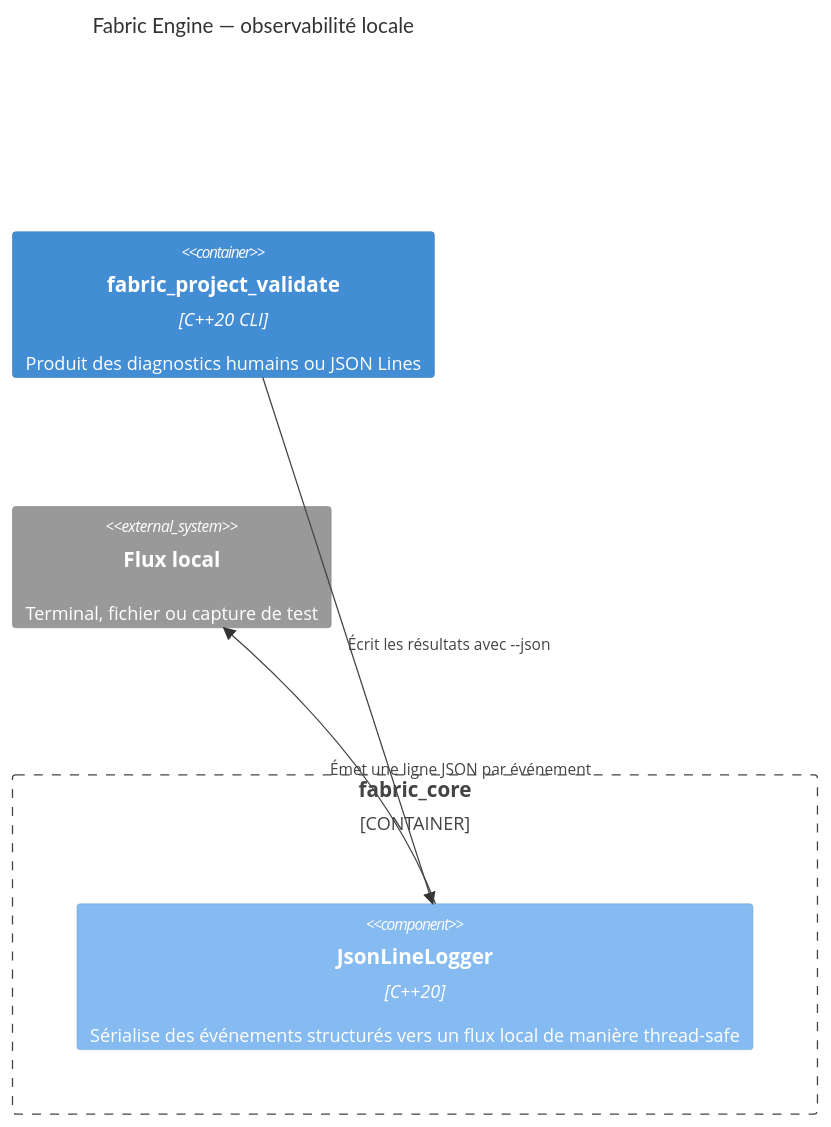
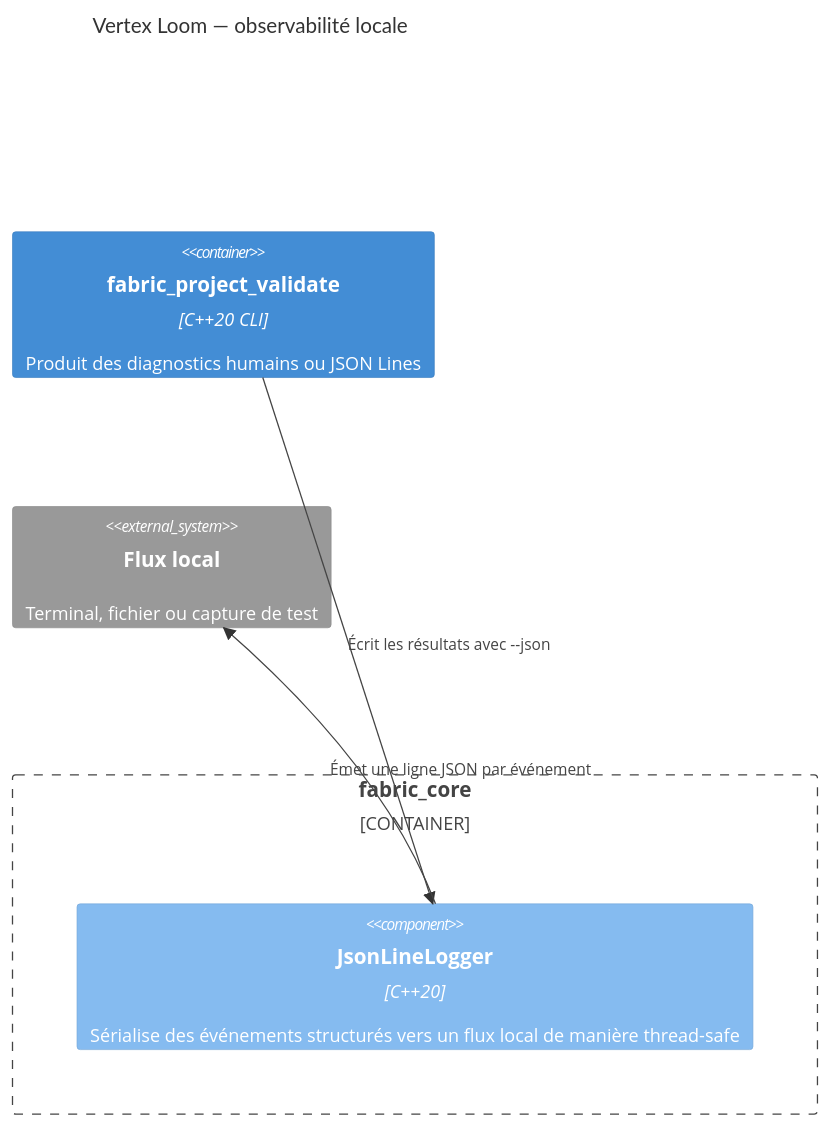
The diagram in docs/architecture/components/core-observability.md (tristan-monticelli/vertex-loom), drawn with Mermaid before and after one commit. The commit also changed 10 other files, not shown here.

Commit message:
docs(brand): publish as Vertex Loom

````diff
--- a/docs/architecture/components/core-observability.md
+++ b/docs/architecture/components/core-observability.md
@@ -3,11 +3,11 @@
 ```mermaid
 C4Component
-    title Fabric Engine — observabilité locale
+    title Vertex Loom — observabilité locale
     Container_Boundary(core, "fabric_core") {
         Component(logger, "JsonLineLogger", "C++20", "Sérialise des événements structurés vers un flux local de manière thread-safe")
     }
     Container(cli, "fabric_project_validate", "C++20 CLI", "Produit des diagnostics humains ou JSON Lines")
     System_Ext(local_stream, "Flux local", "Terminal, fichier ou capture de test")
     Rel(cli, logger, "Écrit les résultats avec --json")
     Rel(logger, local_stream, "Émet une ligne JSON par événement")
 ```
````
